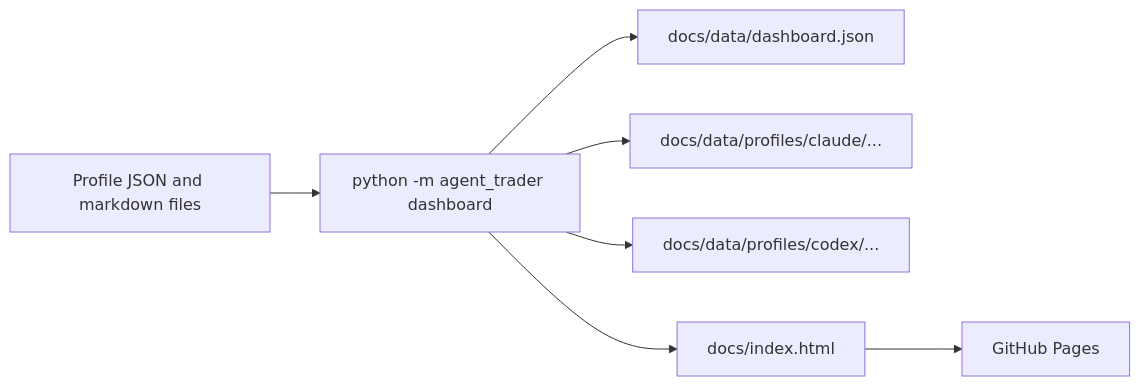
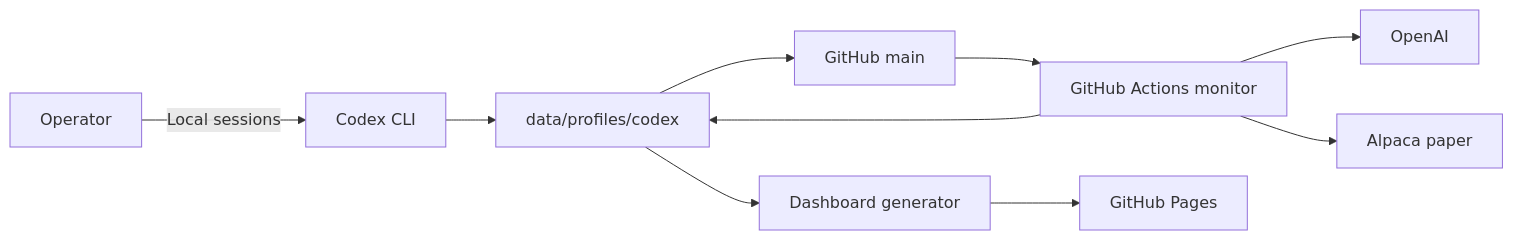
One commit to Aashay-chaudhari/trader changed the diagram in docs/ARCHITECTURE.md. Above: the diagram before and after it, drawn with Mermaid. The commit also changed other lines of this file and 22 other files, not shown here.

Commit message:
Document Codex-only monitoring architecture

````diff
--- a/docs/ARCHITECTURE.md
+++ b/docs/ARCHITECTURE.md
@@ -110,9 +7,12 @@
 ```mermaid
 flowchart LR
-    A[Profile JSON and markdown files] --> B[python -m agent_trader dashboard]
-    B --> C[docs/data/dashboard.json]
-    B --> D[docs/data/profiles/claude/...]
-    B --> E[docs/data/profiles/codex/...]
-    B --> F[docs/index.html]
-    F --> G[GitHub Pages]
+    Operator -->|Local sessions| Codex[Codex CLI]
+    Codex --> Profile[data/profiles/codex]
+    Profile --> Main[GitHub main]
+    Main --> Monitor[GitHub Actions monitor]
+    Monitor --> OpenAI
+    Monitor --> Alpaca[Alpaca paper]
+    Monitor --> Profile
+    Profile --> Dashboard[Dashboard generator]
+    Dashboard --> Pages[GitHub Pages]
 ```
````
